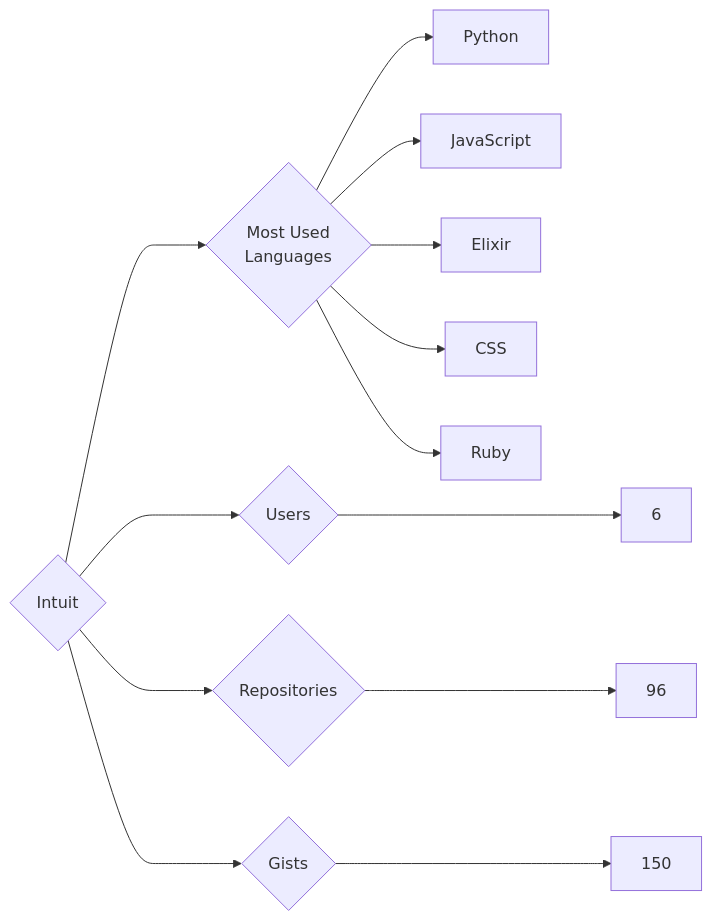
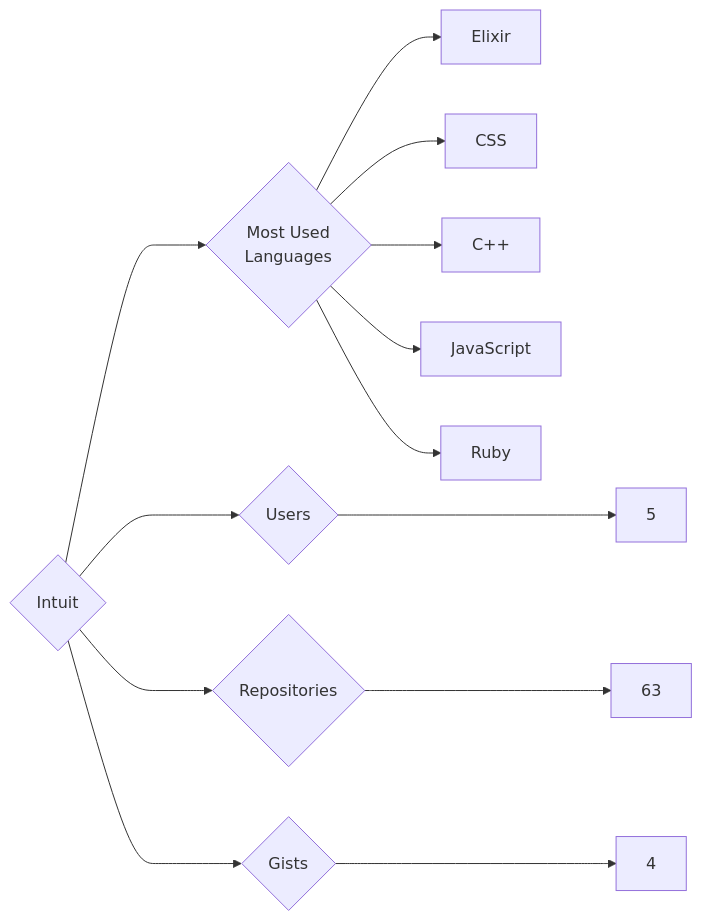
The diagram in targets/Intuit/README.md (trickest/insiders), drawn with Mermaid before and after one commit. The commit also changed 1055 other files, not shown here.

````diff
--- a/targets/Intuit/README.md
+++ b/targets/Intuit/README.md
@@ -3,13 +3,13 @@
 ```mermaid
 graph LR
 COMPANY_NAME{Intuit}
-COMPANY_NAME ---> U{Users} ---> UN[6]
-COMPANY_NAME ---> R{Repositories} ---> RN[96]
-COMPANY_NAME ---> G{Gists} ---> GN[150]
+COMPANY_NAME ---> U{Users} ---> UN[5]
+COMPANY_NAME ---> R{Repositories} ---> RN[63]
+COMPANY_NAME ---> G{Gists} ---> GN[4]
 COMPANY_NAME ---> ML{Most Used<br>Languages}
-ML --> Python[Python]
-ML --> JavaScript[JavaScript]
 ML --> Elixir[Elixir]
 ML --> CSS[CSS]
+ML --> C++[C++]
+ML --> JavaScript[JavaScript]
 ML --> Ruby[Ruby]
 ```
````
